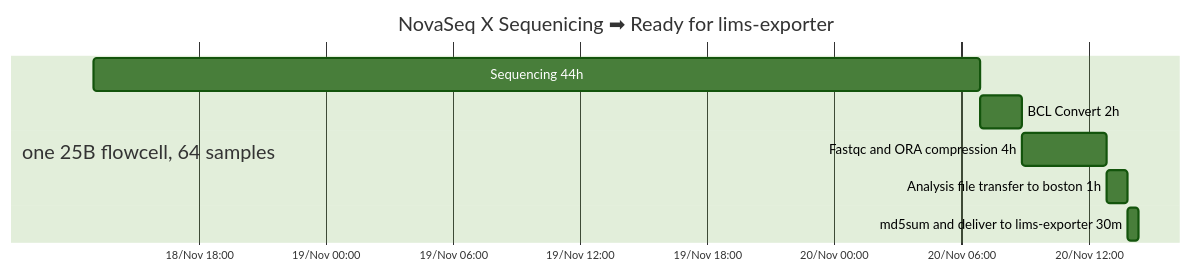
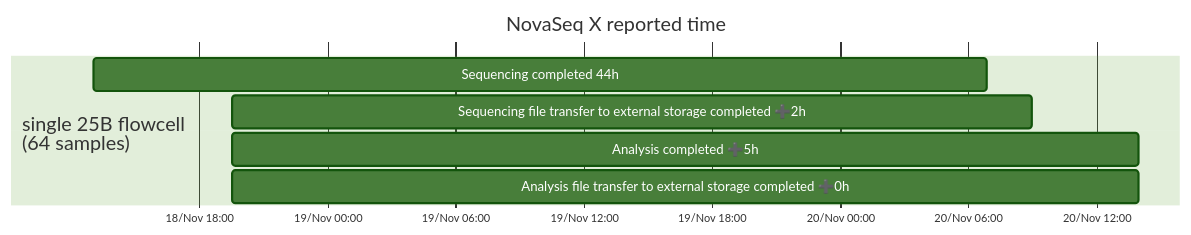
One commit to xuyangy/website changed the first of 13 diagrams in projects/wgs_upscale/wgs_upscaling_bioinf_pipeline.qmd. Above: the diagram before and after it, drawn with Mermaid. The commit also changed other lines of this file and 1 other file, not shown here.

````diff
--- a/projects/wgs_upscale/wgs_upscaling_bioinf_pipeline.qmd
+++ b/projects/wgs_upscale/wgs_upscaling_bioinf_pipeline.qmd
@@ -90,23 +90,24 @@
 ```{mermaid}
+%%| label: fig-single-25B-flowcell-2nd-analysis-bcl-convert-only
+%%| fig-cap: Single 25B flowcell 2nd Analysis BCL Convert only NovaSeq X reported time
 gantt
 %%{ 
   init: { 
     'theme': 'forest' ,
     'gantt': {
       'barHeight': 30,
       'fontSize': 12,
       'sectionFontSize': 18
     }
   } 
 }%%
 dateFormat YYYY-MM-DD HH:mm:ss
 axisFormat %d/%b %H:%M
-title NovaSeq X Sequenicing ➡  Ready for lims-exporter
-section one 25B flowcell, 64 samples
-Sequencing 44h: seq, 2024-11-18 13:02:04, 2024-11-20 06:51:37
-BCL Convert 2h: bcl, after seq, 2h
-Fastqc and ORA compression 4h: fastqcORA, after bcl, 4h
-Analysis file transfer to boston 1h: anacopy, after fastqcORA, 1h
-md5sum and deliver to lims-exporter 30m: md5, after anacopy, 30m
+title NovaSeq X reported time
+section single 25B flowcell<br/>(64 samples)
+Sequencing completed 44h : 2024-11-18 13:02:04, 2024-11-20 06:51:37
+Sequencing file transfer to external storage completed ➕2h: 2024-11-18 19:32:40, 2024-11-20 08:57:45
+Analysis completed ➕5h: 2024-11-18 19:32:44, 2024-11-20 13:58:15
+Analysis file transfer to external storage completed ➕0h: 2024-11-18 19:32:45, 2024-11-20 13:58:15
 
 ```
````
